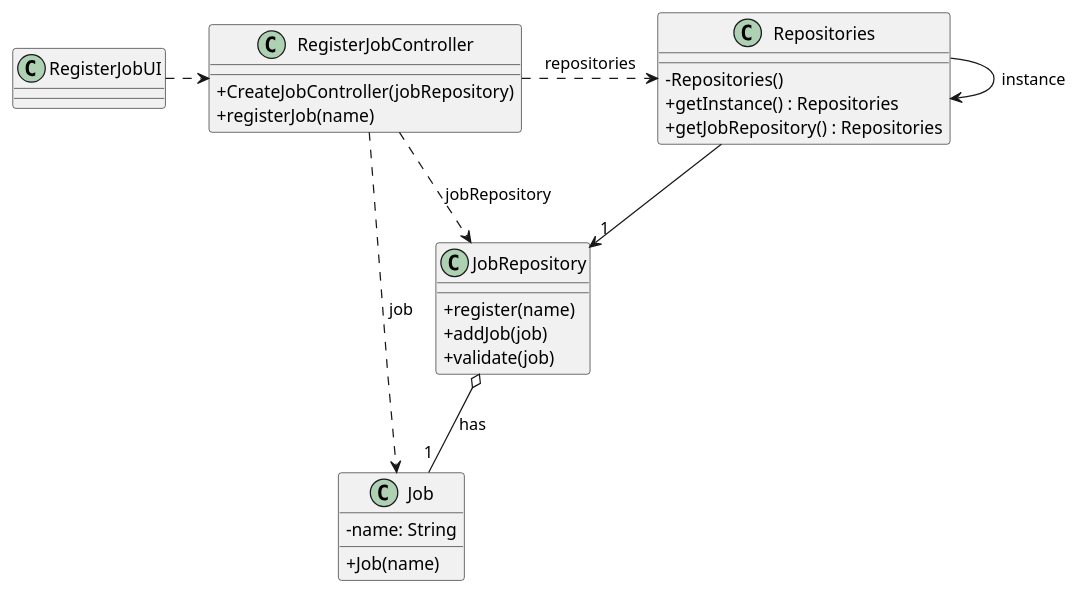
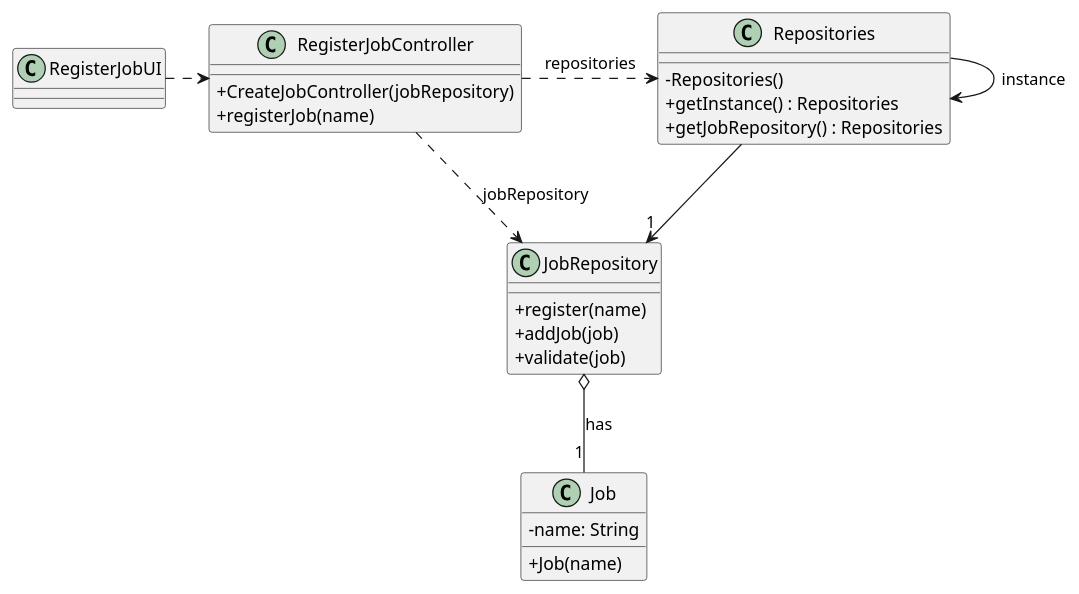
Before and after one commit to diogoveirospro/lei-24-s2-1dg-g072: the diagram in docs/sprintC/us002/03.design/puml/us002-class-diagram.puml, drawn with PlantUML. The commit also changed 2 other files, not shown here.

```diff
--- a/docs/sprintC/us002/03.design/puml/us002-class-diagram.puml
+++ b/docs/sprintC/us002/03.design/puml/us002-class-diagram.puml
@@ -1,48 +1,47 @@
 @startuml
 'skinparam monochrome true
 skinparam packageStyle rectangle
 skinparam shadowing false
 skinparam linetype polyline
 'skinparam linetype orto
 
 skinparam classAttributeIconSize 0
 
 'left to right direction
 
 class Job {
     - name: String
 
     + Job(name)
 }
 
 class RegisterJobUI {
 
 }
 
 class RegisterJobController {
     + CreateJobController(jobRepository)
     + registerJob(name)
 }
 
 class Repositories {
     - Repositories()
     + getInstance() : Repositories
     + getJobRepository() : Repositories
 }
 
 class JobRepository {
     + register(name)
     + addJob(job)
     + validate(job)
 }
 
 
 RegisterJobUI .> RegisterJobController
 RegisterJobController .> Repositories : repositories
 Repositories --> Repositories : instance
 Repositories --> "1" JobRepository
 JobRepository o-- "1" Job : has
 RegisterJobController .> JobRepository : jobRepository
-RegisterJobController .> Job : job
 
 @enduml
```
